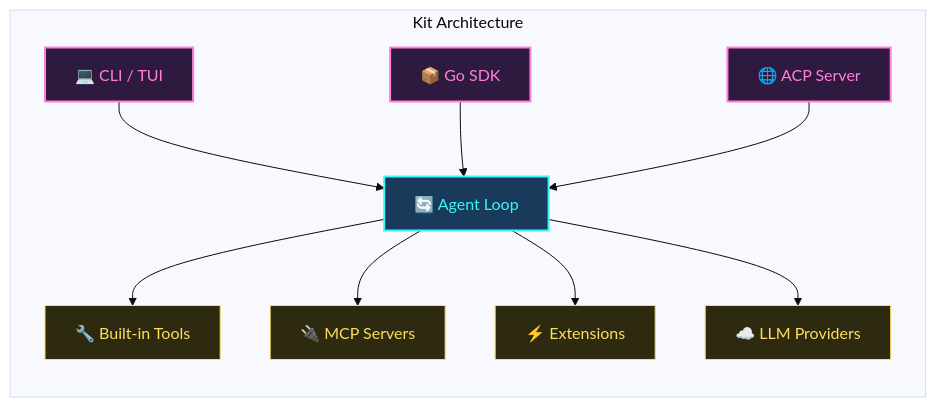
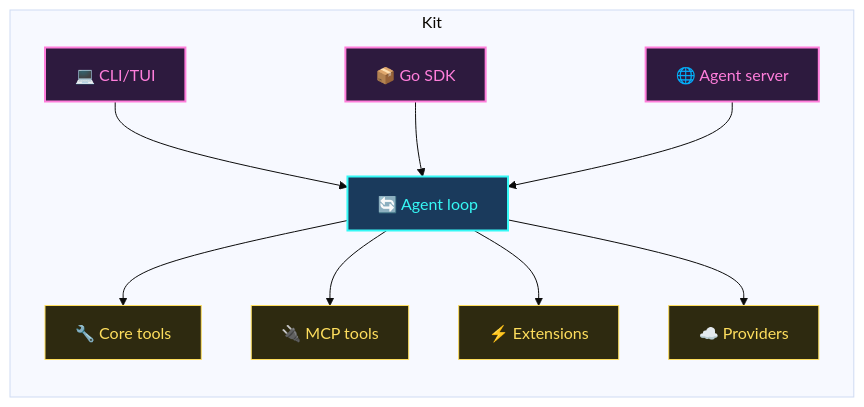
One commit to what-the-func/slides changed the fifth of 5 diagrams in decks/harness-engineering/slides.md. Above: the diagram before and after it, drawn with Mermaid (base theme). The commit also changed other lines of this file and 2 other files, not shown here.

````diff
--- a/decks/harness-engineering/slides.md
+++ b/decks/harness-engineering/slides.md
@@ -474,16 +459,16 @@
 ```mermaid {theme: 'dark'}
 graph LR
-    subgraph "Kit Architecture"
-        CLI["💻 CLI / TUI"]:::entry --> Agent["🔄 Agent Loop"]:::agent
-        SDK["📦 Go SDK"]:::entry --> Agent
-        ACP["🌐 ACP Server"]:::entry --> Agent
-        Agent --> Tools["🔧 Built-in Tools"]:::tools
-        Agent --> MCP["🔌 MCP Servers"]:::tools
-        Agent --> Ext["⚡ Extensions"]:::tools
-        Agent --> Providers["☁️ LLM Providers"]:::tools
+    subgraph "Kit"
+        CLI["💻 CLI/TUI"]:::entry --> Loop["🔄 Agent loop"]:::agent
+        SDK["📦 Go SDK"]:::entry --> Loop
+        ACP["🌐 Agent server"]:::entry --> Loop
+        Loop --> Tools["🔧 Core tools"]:::leaf
+        Loop --> MCP["🔌 MCP tools"]:::leaf
+        Loop --> Ext["⚡ Extensions"]:::leaf
+        Loop --> LLM["☁️ Providers"]:::leaf
     end
 
     classDef entry fill:#2d1a3e,stroke:#ff7edb,stroke-width:2px,color:#ff7edb
     classDef agent fill:#1a3a5c,stroke:#36f9f6,stroke-width:2px,color:#36f9f6
-    classDef tools fill:#2e2a10,stroke:#fede5d,stroke-width:1px,color:#fede5d
+    classDef leaf fill:#2e2a10,stroke:#fede5d,stroke-width:1px,color:#fede5d
 ```
````
